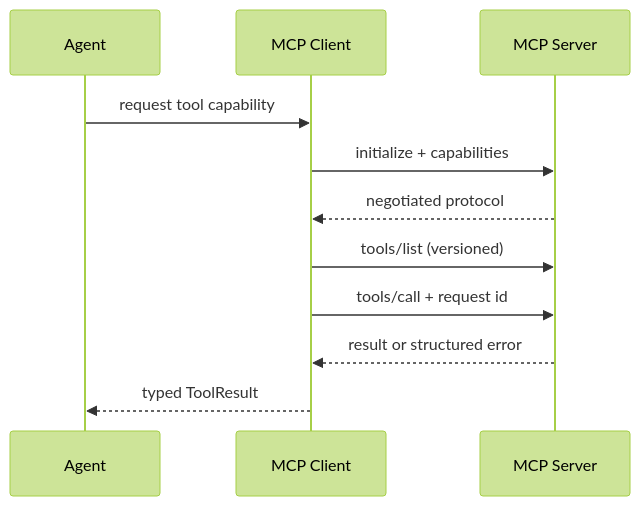
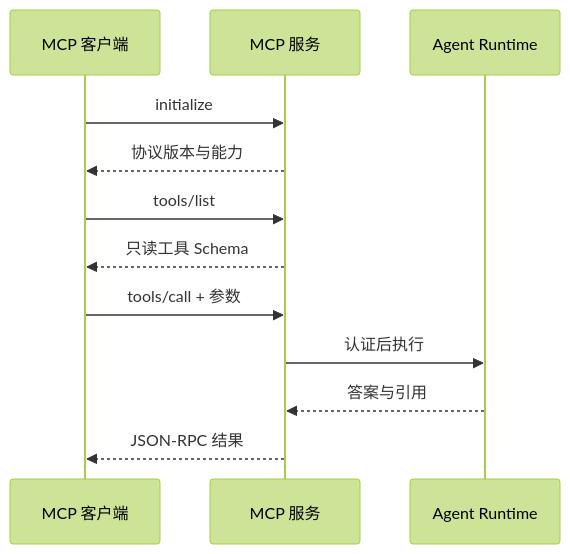
One commit to upJiang/jiang-blog-vitepress changed the diagram in docs/agent-practice/11-tool-mcp-trust.md. Above: the diagram before and after it, drawn with Mermaid (forest theme). The commit also changed other lines of this file and 164 other files, not shown here.

````diff
--- a/docs/agent-practice/11-tool-mcp-trust.md
+++ b/docs/agent-practice/11-tool-mcp-trust.md
@@ -74,13 +21,14 @@
 ```mermaid
 sequenceDiagram
-  participant A as Agent
-  participant C as MCP Client
-  participant S as MCP Server
-  A->>C: request tool capability
-  C->>S: initialize + capabilities
-  S-->>C: negotiated protocol
-  C->>S: tools/list (versioned)
-  C->>S: tools/call + request id
-  S-->>C: result or structured error
-  C-->>A: typed ToolResult
+  participant C as MCP 客户端
+  participant S as MCP 服务
+  participant R as Agent Runtime
+  C->>S: initialize
+  S-->>C: 协议版本与能力
+  C->>S: tools/list
+  S-->>C: 只读工具 Schema
+  C->>S: tools/call + 参数
+  S->>R: 认证后执行
+  R-->>S: 答案与引用
+  S-->>C: JSON-RPC 结果
 ```
````
